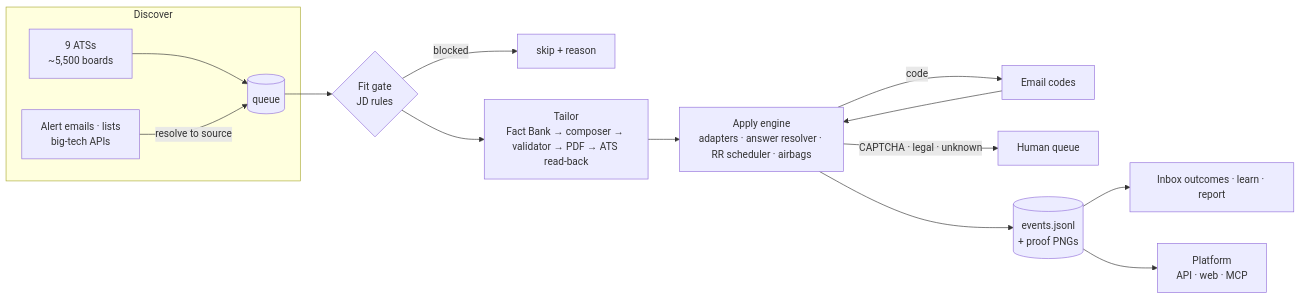
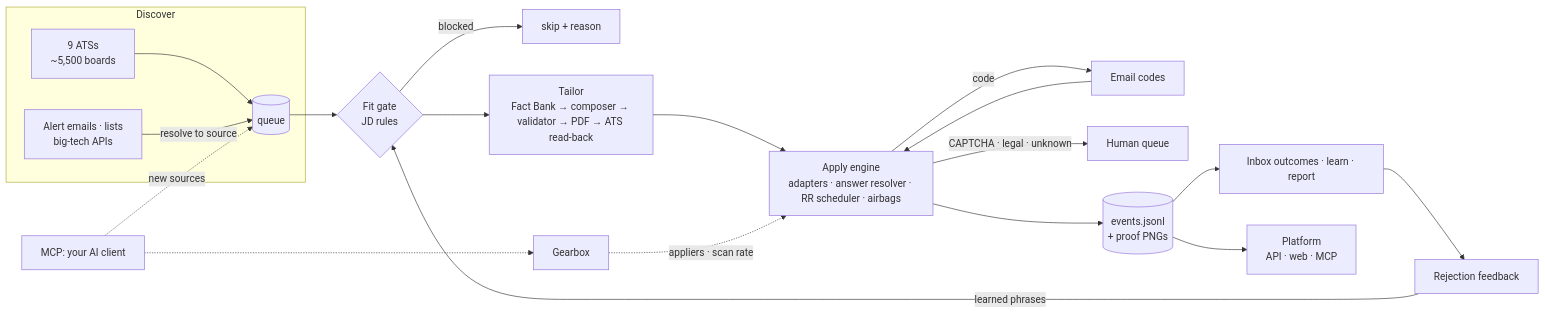
The diagram in docs/wiki/Home.md (sameernagar-hub/regen-engine), drawn with Mermaid before and after one commit. The commit also changed other lines of this file and 187 other files, not shown here.

Commit message:
README: short, YC-style, links to the wiki; wiki v1.1 (gearbox, rejection feedback, MCP tools, technical reference); public demo serves gearbox + MCP

````diff
--- a/docs/wiki/Home.md
+++ b/docs/wiki/Home.md
@@ -23,17 +25,22 @@
 ```mermaid
 flowchart LR
     subgraph Discover
       ATS[9 ATSs<br/>~5,500 boards] --> Q
       AL[Alert emails · lists<br/>big-tech APIs] -->|resolve to source| Q[(queue)]
     end
     Q --> FG{Fit gate<br/>JD rules}
     FG -->|blocked| SK[skip + reason]
     FG --> TL[Tailor<br/>Fact Bank → composer → validator → PDF → ATS read-back]
     TL --> AP[Apply engine<br/>adapters · answer resolver · RR scheduler · airbags]
     AP -->|code| EC[Email codes]
     EC --> AP
     AP -->|CAPTCHA · legal · unknown| HQ[Human queue]
     AP --> EV[(events.jsonl<br/>+ proof PNGs)]
     EV --> OUT[Inbox outcomes · learn · report]
+    OUT --> FB[Rejection feedback]
+    FB -->|learned phrases| FG
     EV --> PL[Platform<br/>API · web · MCP]
+    GB[Gearbox] -.->|appliers · scan rate| AP
+    MCP[MCP: your AI client] -.->|new sources| Q
+    MCP -.-> GB
 ```
````
